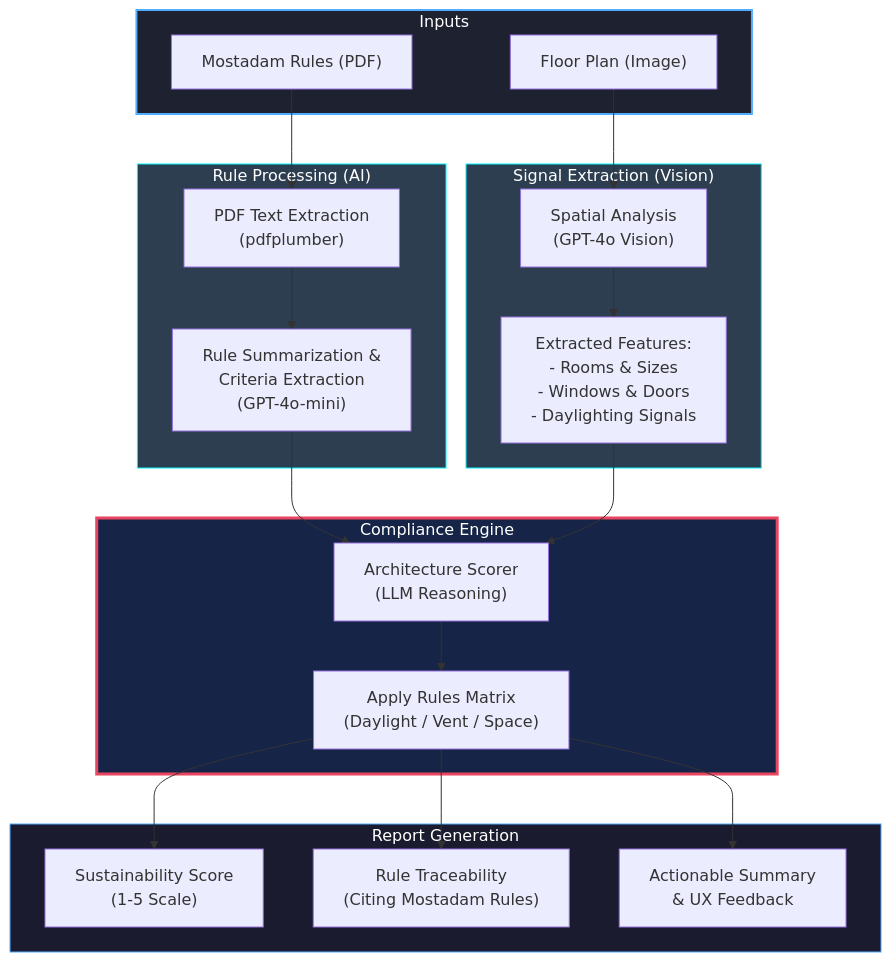
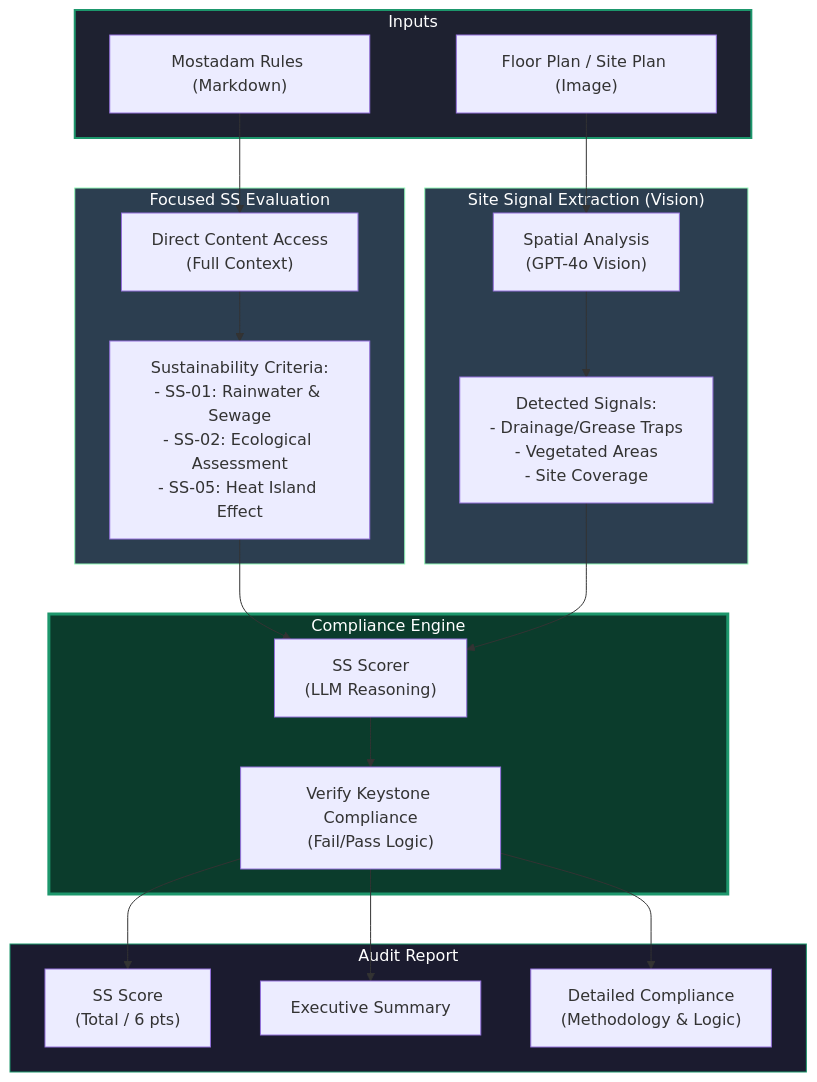
One commit to muneebsaddal/AI-Architecture-Plan-Auditor changed the diagram in architecture_overview.md. Above: the diagram before and after it, drawn with Mermaid. The commit also changed other lines of this file and 4 other files, not shown here.

Commit message:
Refined Scope: Specialized Site Sustainability Auditor (SS-01, SS-02, SS-05) with Markdown Rules

````diff
--- a/architecture_overview.md
+++ b/architecture_overview.md
@@ -5,41 +5,41 @@
 ```mermaid
 graph TD
     %% Inputs
     subgraph Inputs ["Inputs"]
-        PDF["Mostadam Rules (PDF)"]
-        IMG["Floor Plan (Image)"]
+        MD["Mostadam Rules (Markdown)"]
+        IMG["Floor Plan / Site Plan (Image)"]
     end
 
-    %% PDF Processing
-    subgraph Rule_Extraction ["Rule Processing (AI)"]
-        PDF --> P1["PDF Text Extraction<br/>(pdfplumber)"]
-        P1 --> P2["Rule Summarization & <br/>Criteria Extraction<br/>(GPT-4o-mini)"]
+    %% Rule Processing
+    subgraph Rule_Processing ["Focused SS Evaluation"]
+        MD --> P1["Direct Content Access<br/>(Full Context)"]
+        P1 --> P2["Sustainability Criteria:<br/>- SS-01: Rainwater & Sewage<br/>- SS-02: Ecological Assessment<br/>- SS-05: Heat Island Effect"]
     end
 
     %% Image Processing
-    subgraph Signal_Extraction ["Signal Extraction (Vision)"]
+    subgraph Signal_Extraction ["Site Signal Extraction (Vision)"]
         IMG --> V1["Spatial Analysis<br/>(GPT-4o Vision)"]
-        V1 --> V2["Extracted Features:<br/>- Rooms & Sizes<br/>- Windows & Doors<br/>- Daylighting Signals"]
+        V1 --> V2["Detected Signals:<br/>- Drainage/Grease Traps<br/>- Vegetated Areas<br/>- Site Coverage"]
     end
 
     %% Logic Core
     subgraph Logic ["Compliance Engine"]
-        P2 --> SC["Architecture Scorer<br/>(LLM Reasoning)"]
+        P2 --> SC["SS Scorer<br/>(LLM Reasoning)"]
         V2 --> SC
-        SC --> RL["Apply Rules Matrix<br/>(Daylight / Vent / Space)"]
+        SC --> RL["Verify Keystone Compliance<br/>(Fail/Pass Logic)"]
     end
 
     %% Outputs
-    subgraph Outputs ["Report Generation"]
-        RL --> SCR["Sustainability Score<br/>(1-5 Scale)"]
-        RL --> RT["Rule Traceability<br/>(Citing Mostadam Rules)"]
-        RL --> SUM["Actionable Summary<br/>& UX Feedback"]
+    subgraph Outputs ["Audit Report"]
+        RL --> SCR["SS Score<br/>(Total / 6 pts)"]
+        RL --> SUM["Executive Summary"]
+        RL --> RT["Detailed Compliance<br/>(Methodology & Logic)"]
     end
 
     %% Styling
-    style Inputs fill:#1e2130,stroke:#4facfe,stroke-width:2px,color:#fff
-    style Rule_Extraction fill:#2c3e50,stroke:#00f2fe,color:#fff
-    style Signal_Extraction fill:#2c3e50,stroke:#00f2fe,color:#fff
-    style Logic fill:#162447,stroke:#e94560,stroke-width:3px,color:#fff
-    style Outputs fill:#1b1b2f,stroke:#4facfe,color:#fff
+    style Inputs fill:#1e2130,stroke:#1d976c,stroke-width:2px,color:#fff
+    style Rule_Processing fill:#2c3e50,stroke:#93f9b9,color:#fff
+    style Signal_Extraction fill:#2c3e50,stroke:#93f9b9,color:#fff
+    style Logic fill:#0b3c2c,stroke:#1d976c,stroke-width:3px,color:#fff
+    style Outputs fill:#1b1b2f,stroke:#1d976c,color:#fff
 ```
````
